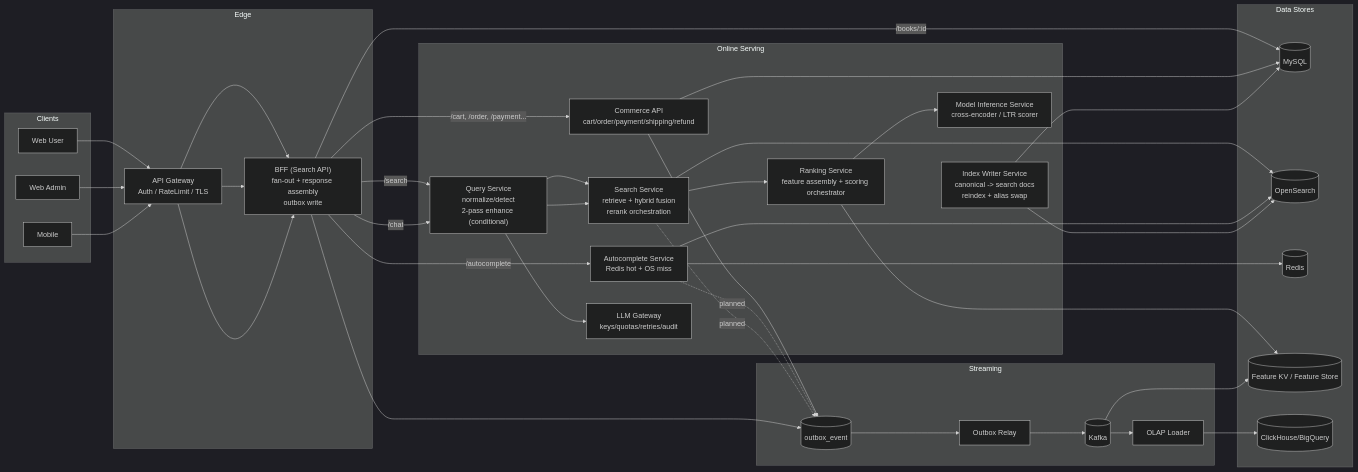
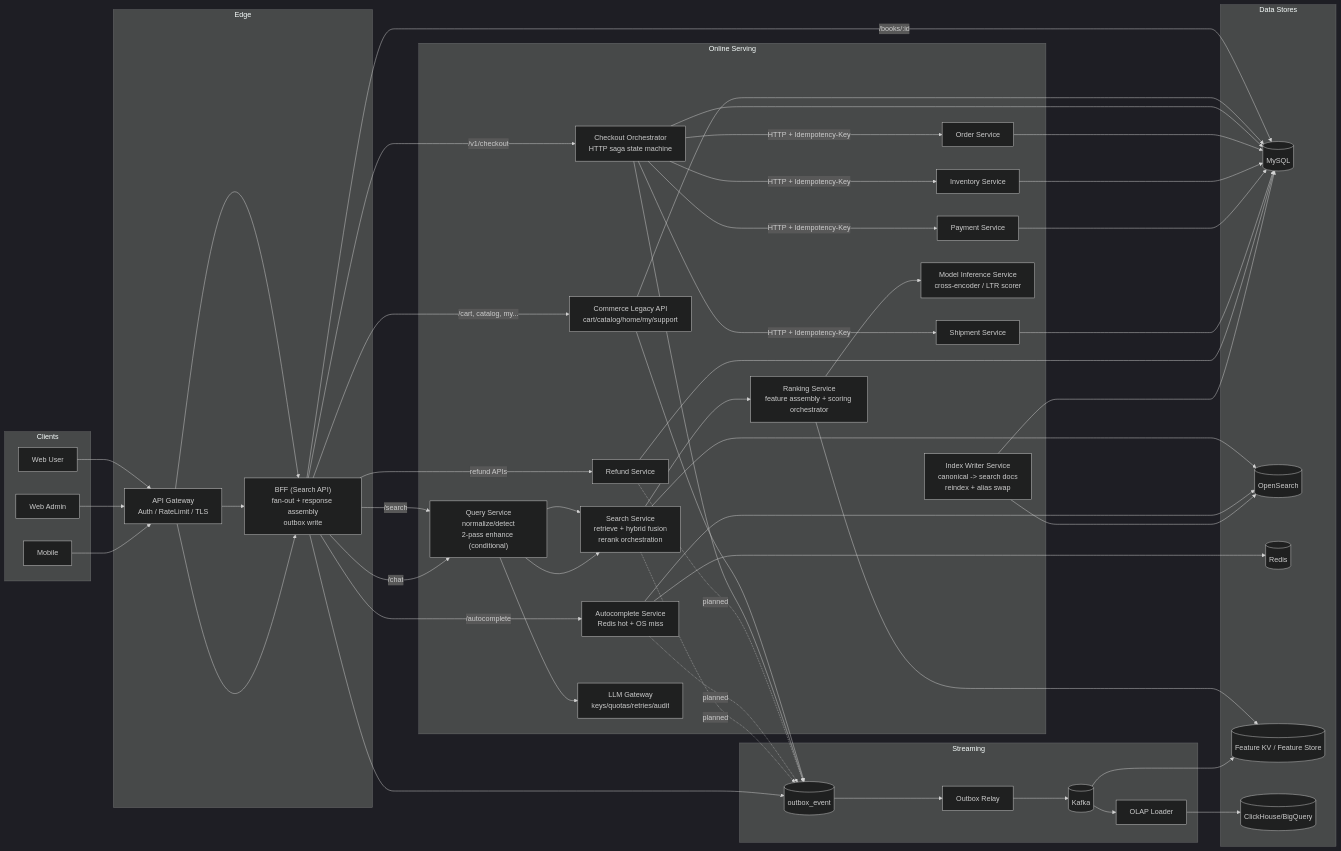
One commit to book-search-labs/bsl-backend changed the first of 3 diagrams in docs/ARCHITECTURE.md. Above: the diagram before and after it, drawn with Mermaid (dark theme). The commit also changed other lines of this file and 213 other files, not shown here.

Commit message:
Add commerce MSA checkout baseline

````diff
--- a/docs/ARCHITECTURE.md
+++ b/docs/ARCHITECTURE.md
@@ -25,66 +25,80 @@
 ```mermaid
 flowchart LR
   subgraph Clients
     UWeb["Web User"]
     AWeb["Web Admin"]
     Mobile["Mobile"]
   end
 
   subgraph Edge
     GW["API Gateway<br/>Auth / RateLimit / TLS"]
     BFF["BFF (Search API)<br/>fan-out + response assembly<br/>outbox write"]
   end
 
   subgraph Online["Online Serving"]
     QS["Query Service<br/>normalize/detect<br/>2-pass enhance (conditional)"]
     SR["Search Service<br/>retrieve + hybrid fusion<br/>rerank orchestration"]
     AC["Autocomplete Service<br/>Redis hot + OS miss"]
     IDXW["Index Writer Service<br/>canonical -> search docs<br/>reindex + alias swap"]
-    COM["Commerce API<br/>cart/order/payment/shipping/refund"]
+    COMLEG["Commerce Legacy API<br/>cart/catalog/home/my/support"]
+    CO["Checkout Orchestrator<br/>HTTP saga state machine"]
+    ORD["Order Service"]
+    PAY["Payment Service"]
+    INV["Inventory Service"]
+    SHIP["Shipment Service"]
+    REF["Refund Service"]
     RS["Ranking Service<br/>feature assembly + scoring orchestrator"]
     MIS["Model Inference Service<br/>cross-encoder / LTR scorer"]
     LLMGW["LLM Gateway<br/>keys/quotas/retries/audit"]
   end
 
   subgraph Stores["Data Stores"]
     DB[(MySQL)]
     OS[(OpenSearch)]
     R[(Redis)]
     FEAT[(Feature KV / Feature Store)]
     OLAP[(ClickHouse/BigQuery)]
   end
 
   subgraph Stream["Streaming"]
     OUTBOX[(outbox_event)]
     RELAY["Outbox Relay"]
     K[(Kafka)]
     OLAPL["OLAP Loader"]
   end
 
   UWeb --> GW --> BFF
   AWeb --> GW --> BFF
   Mobile --> GW --> BFF
 
   BFF -->|/search| QS --> SR --> OS
   SR --> RS --> MIS
   RS --> FEAT
   BFF -->|/autocomplete| AC --> R
   AC --> OS
   BFF -->|/books/:id| DB
 
   BFF -->|/chat| QS
   QS --> SR
   QS --> LLMGW
 
-  BFF -->|/cart, /order, /payment...| COM --> DB
+  BFF -->|/cart, catalog, my...| COMLEG --> DB
+  BFF -->|/v1/checkout| CO --> DB
+  CO -->|HTTP + Idempotency-Key| ORD --> DB
+  CO -->|HTTP + Idempotency-Key| INV --> DB
+  CO -->|HTTP + Idempotency-Key| PAY --> DB
+  CO -->|HTTP + Idempotency-Key| SHIP --> DB
+  BFF -->|refund APIs| REF --> DB
   IDXW --> DB
   IDXW --> OS
 
   BFF --> OUTBOX
-  COM --> OUTBOX
+  COMLEG --> OUTBOX
+  CO --> OUTBOX
+  REF -. planned .-> OUTBOX
   AC -. planned .-> OUTBOX
   SR -. planned .-> OUTBOX
   OUTBOX --> RELAY --> K
   K --> OLAPL --> OLAP
   K --> FEAT
 ```
````
